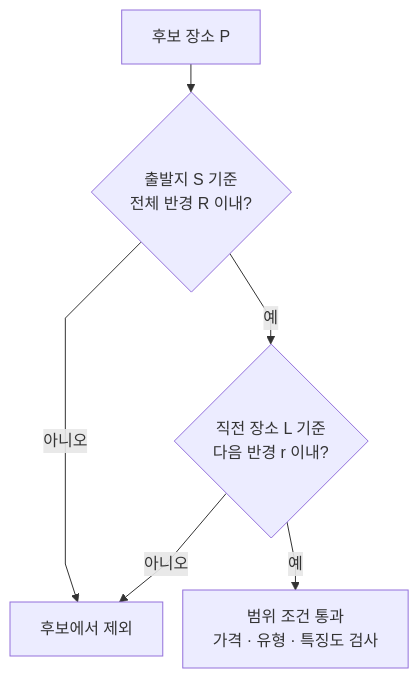
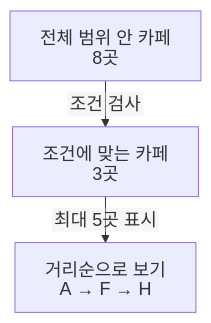
The second of 2 diagrams in docs/implementation-reference/00-flow-map.md (2egn/DateCourseApp), drawn with Mermaid before and after one commit. The commit also changed other lines of this file and 14 other files, not shown here.

````diff
--- a/docs/implementation-reference/00-flow-map.md
+++ b/docs/implementation-reference/00-flow-map.md
@@ -74,9 +23,6 @@
 ```mermaid
-%%{init: {"flowchart": {"curve": "linear", "rankSpacing": 28, "nodeSpacing": 20}, "themeVariables": {"fontFamily": "system-ui, sans-serif", "fontSize": "16px"}}}%%
+%%{init: {"htmlLabels": false, "flowchart": {"htmlLabels": false, "curve": "linear", "rankSpacing": 22}, "themeVariables": {"fontFamily": "system-ui, sans-serif", "fontSize": "18px"}}}%%
 flowchart TD
-    P["후보 장소 P"] --> A{"출발지 S 기준<br/>전체 반경 R 이내?"}
-    A -->|아니오| X["후보에서 제외"]
-    A -->|예| B{"직전 장소 L 기준<br/>다음 반경 r 이내?"}
-    B -->|아니오| X
-    B -->|예| C["범위 조건 통과<br/>가격 · 유형 · 특징도 검사"]
+    A["전체 범위 안 카페<br/>8곳"] -->|조건 검사| B["조건에 맞는 카페<br/>3곳"]
+    B -->|최대 5곳 표시| C["거리순으로 보기<br/>A → F → H"]
 ```
````
